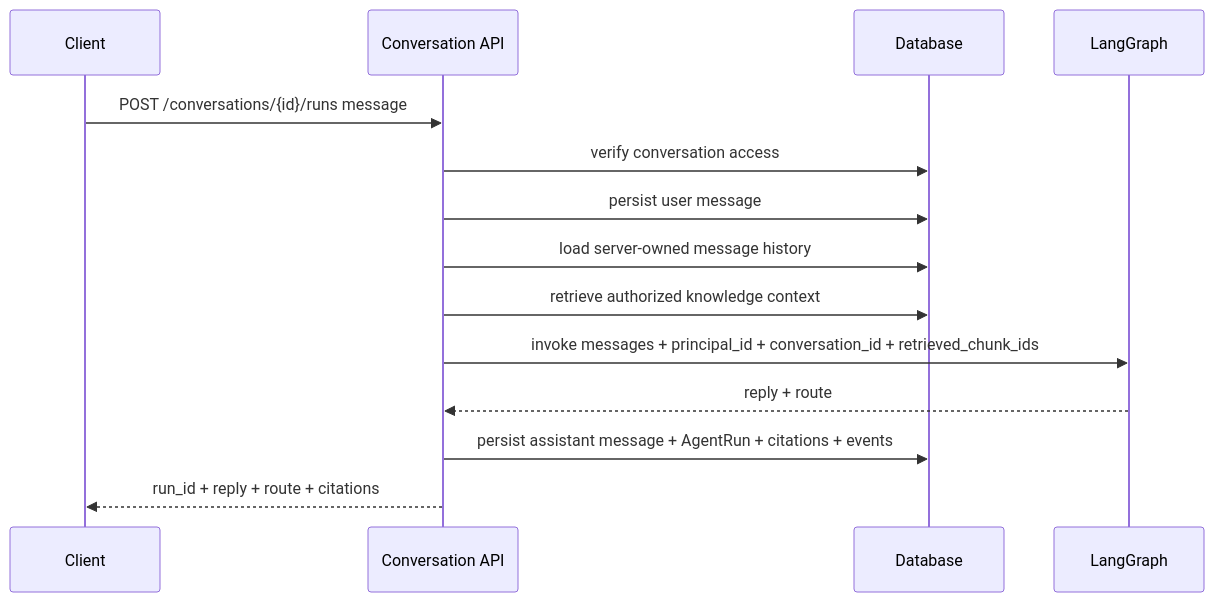
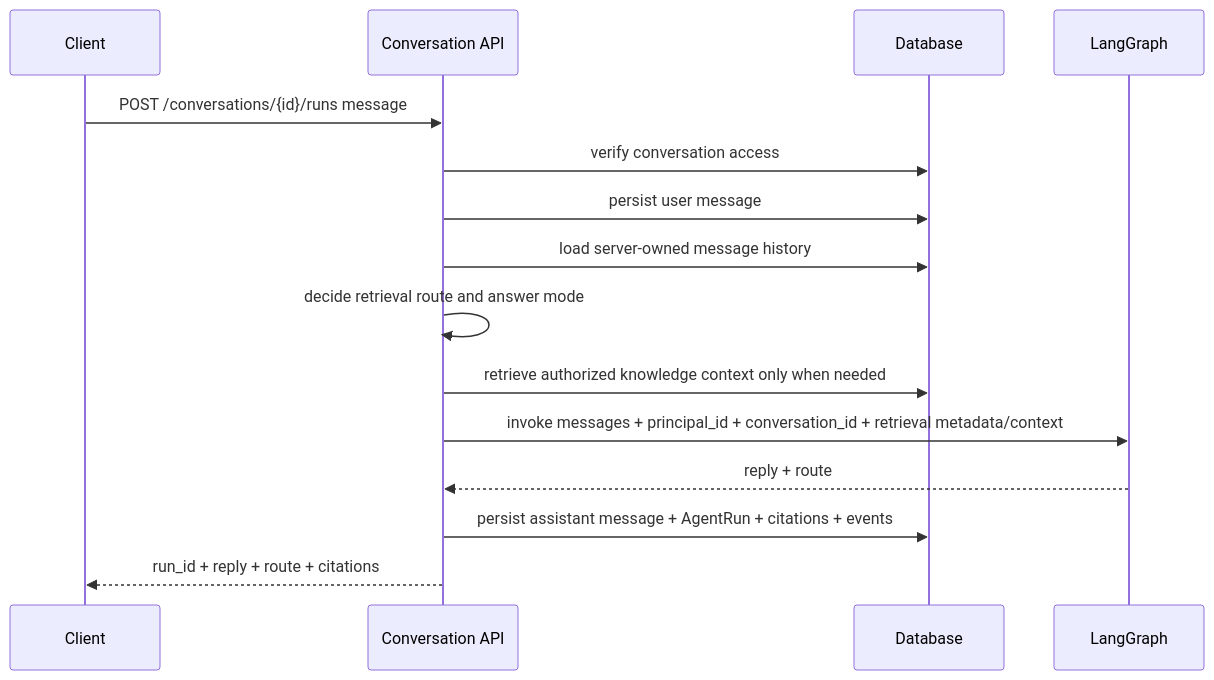
The diagram in docs/portfolio-chat-service/04-server-owned-conversations.md (heecheon92/my-agents), drawn with Mermaid before and after one commit. The commit also changed other lines of this file and 25 other files, not shown here.

First line of the commit message:
Route retrieval before assistant graph replies

````diff
--- a/docs/portfolio-chat-service/04-server-owned-conversations.md
+++ b/docs/portfolio-chat-service/04-server-owned-conversations.md
@@ -29,17 +29,18 @@
 ```mermaid
 sequenceDiagram
     participant C as Client
     participant API as Conversation API
     participant DB as Database
     participant G as LangGraph
 
     C->>API: POST /conversations/{id}/runs message
     API->>DB: verify conversation access
     API->>DB: persist user message
     API->>DB: load server-owned message history
-    API->>DB: retrieve authorized knowledge context
-    API->>G: invoke messages + principal_id + conversation_id + retrieved_chunk_ids
+    API->>API: decide retrieval route and answer mode
+    API->>DB: retrieve authorized knowledge context only when needed
+    API->>G: invoke messages + principal_id + conversation_id + retrieval metadata/context
     G-->>API: reply + route
     API->>DB: persist assistant message + AgentRun + citations + events
     API-->>C: run_id + reply + route + citations
 ```
````
